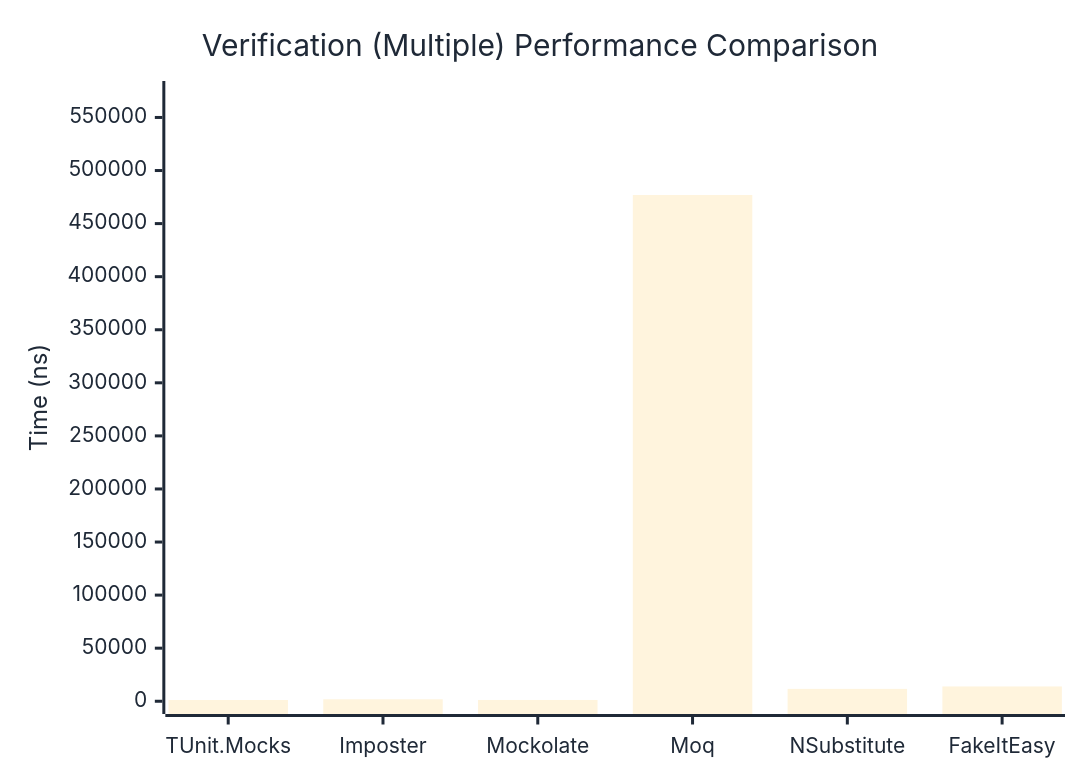
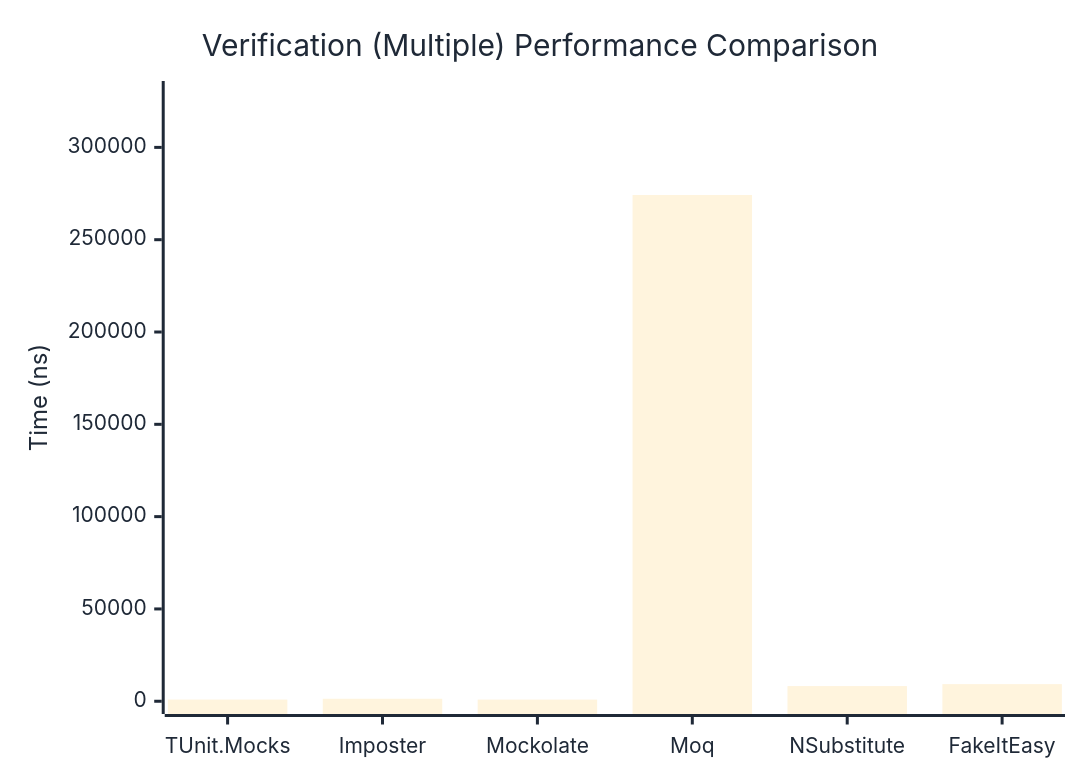
The third of 3 diagrams in docs/docs/benchmarks/mocks/Verification.md (thomhurst/TUnit), drawn with Mermaid before and after one commit. The commit also changed other lines of this file and 14 other files, not shown here.

````diff
--- a/docs/docs/benchmarks/mocks/Verification.md
+++ b/docs/docs/benchmarks/mocks/Verification.md
@@ -110,27 +110,27 @@
 ```mermaid
 %%{init: {
   'theme':'base',
   'themeVariables': {
     'primaryColor': '#2563eb',
     'primaryTextColor': '#1f2937',
     'primaryBorderColor': '#1e40af',
     'lineColor': '#6b7280',
     'secondaryColor': '#7c3aed',
     'tertiaryColor': '#dc2626',
     'background': '#ffffff',
     'pie1': '#2563eb',
     'pie2': '#7c3aed',
     'pie3': '#dc2626',
     'pie4': '#f59e0b',
     'pie5': '#10b981',
     'pie6': '#06b6d4',
     'pie7': '#ec4899',
     'pie8': '#6366f1'
   }
 }}%%
 xychart-beta
   title "Verification (Multiple) Performance Comparison"
   x-axis ["TUnit.Mocks", "Imposter", "Mockolate", "Moq", "NSubstitute", "FakeItEasy"]
-  y-axis "Time (ns)" 0 --> 572338
-  bar [1196.78, 1852.12, 1221.25, 476948.23, 11651.23, 13949.31]
+  y-axis "Time (ns)" 0 --> 329053
+  bar [919.51, 1349.66, 904.3, 274210.27, 8213.23, 9272.96]
 ```
````
